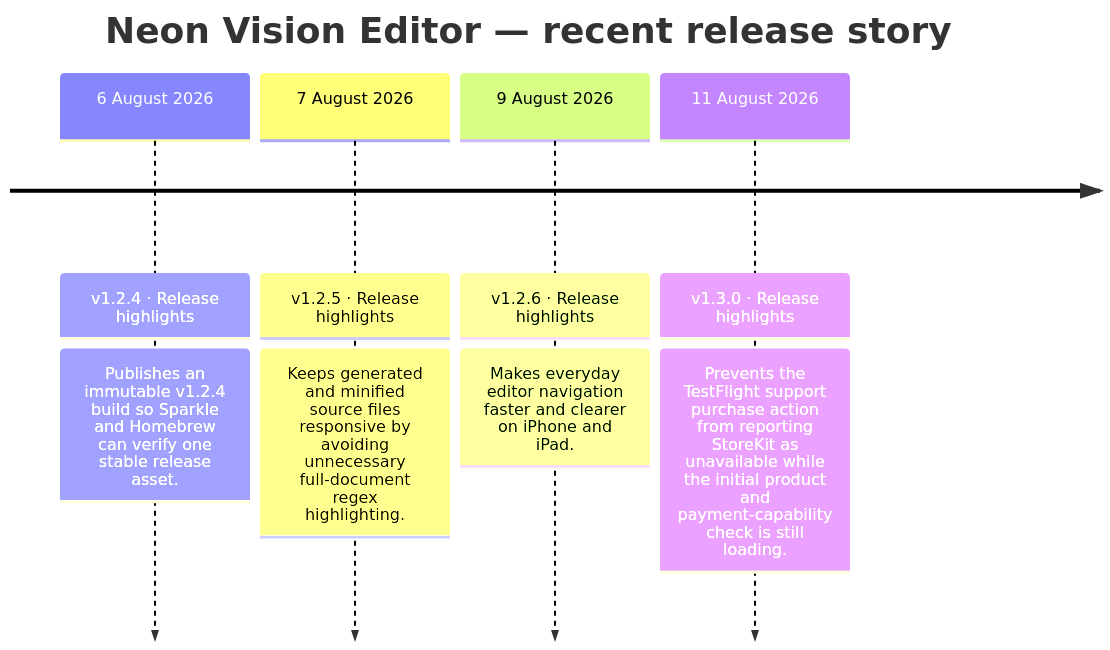
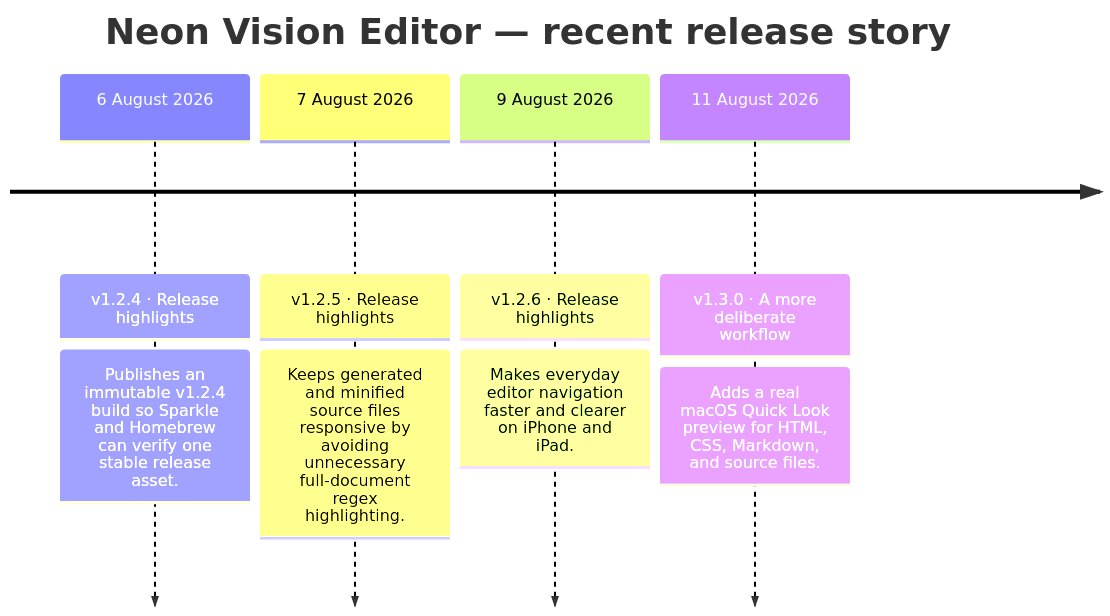
The second of 2 diagrams in README.md (h3pdesign/Neon-Vision-Editor), drawn with Mermaid before and after one commit. The commit also changed other lines of this file and 9 other files, not shown here.

````diff
--- a/README.md
+++ b/README.md
@@ -757,12 +761,12 @@
 ```mermaid
 timeline
     title Neon Vision Editor — recent release story
     6 August 2026 : v1.2.4 · Release highlights
                 : Publishes an immutable v1.2.4 build so Sparkle and Homebrew can verify one stable release asset.
     7 August 2026 : v1.2.5 · Release highlights
                 : Keeps generated and minified source files responsive by avoiding unnecessary full-document regex highlighting.
     9 August 2026 : v1.2.6 · Release highlights
                 : Makes everyday editor navigation faster and clearer on iPhone and iPad.
-    11 August 2026 : v1.3.0 · Release highlights
-                : Prevents the TestFlight support purchase action from reporting StoreKit as unavailable while the initial product and payment-capability check is still loading.
+    11 August 2026 : v1.3.0 · A more deliberate workflow
+                : Adds a real macOS Quick Look preview for HTML, CSS, Markdown, and source files.
 ```
````
